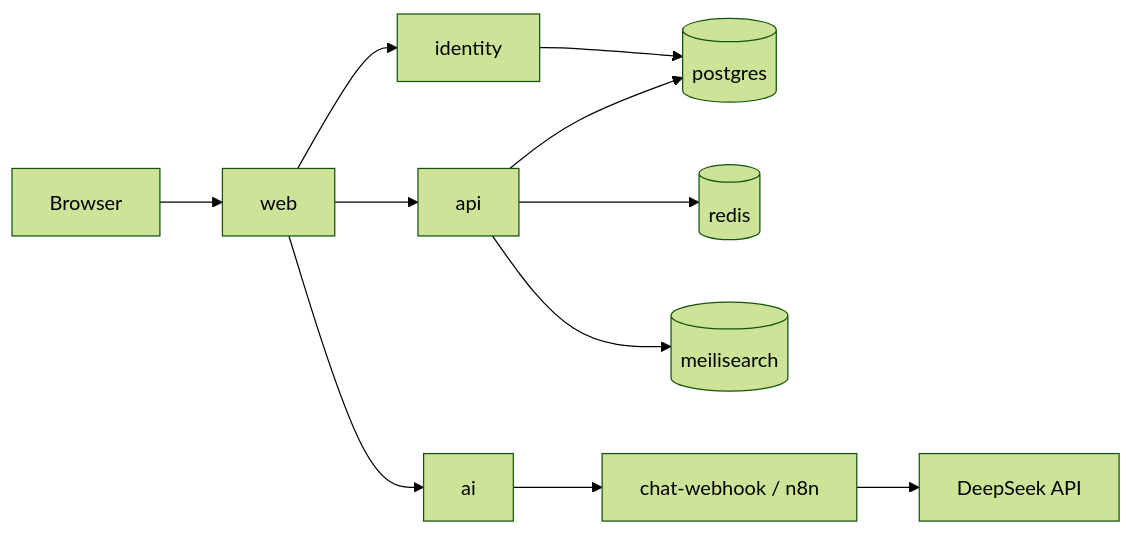
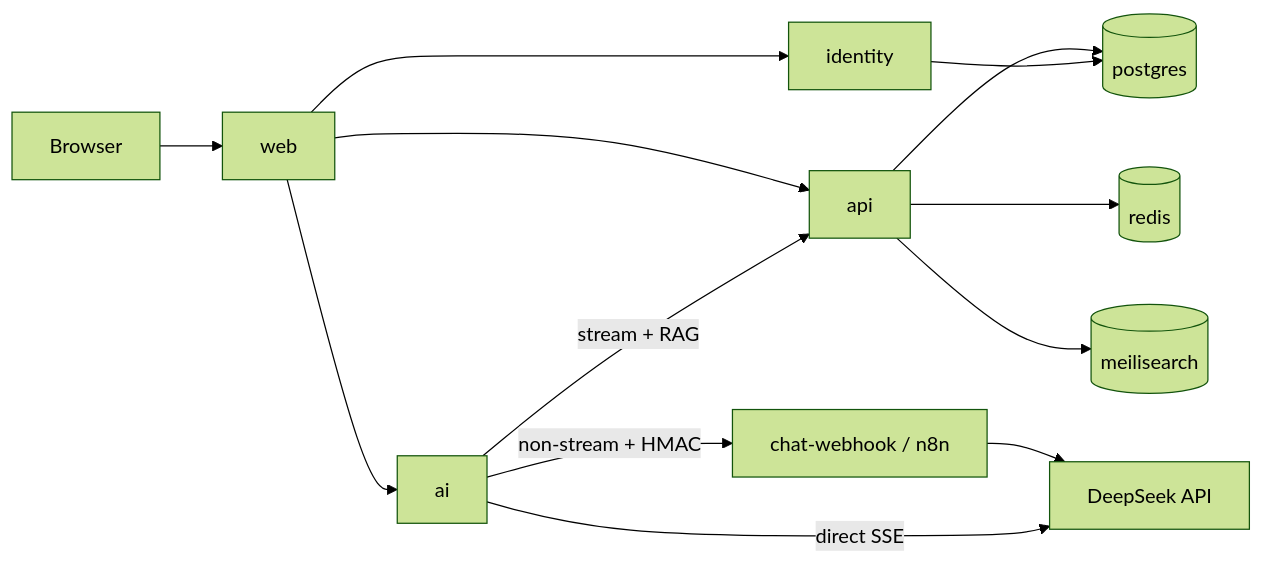
One commit to JasonTM17/VN_TravelAI changed the diagram in README.md. Above: the diagram before and after it, drawn with Mermaid (forest theme). The commit also changed other lines of this file and 22 other files, not shown here.

Commit message:
docs: sync architecture and operations guidance

````diff
--- a/README.md
+++ b/README.md
@@ -100,13 +100,15 @@
 ```mermaid
 flowchart LR
   Browser --> Web[web]
   Web --> Identity[identity]
   Web --> API[api]
   Web --> AI[ai]
   API --> PG[(postgres)]
   API --> Redis[(redis)]
   API --> Meili[(meilisearch)]
   Identity --> PG
-  AI --> ChatWebhook[chat-webhook / n8n]
+  AI -->|non-stream + HMAC| ChatWebhook[chat-webhook / n8n]
   ChatWebhook --> DeepSeek[DeepSeek API]
+  AI -->|stream + RAG| API
+  AI -->|direct SSE| DeepSeek
 ```
````
